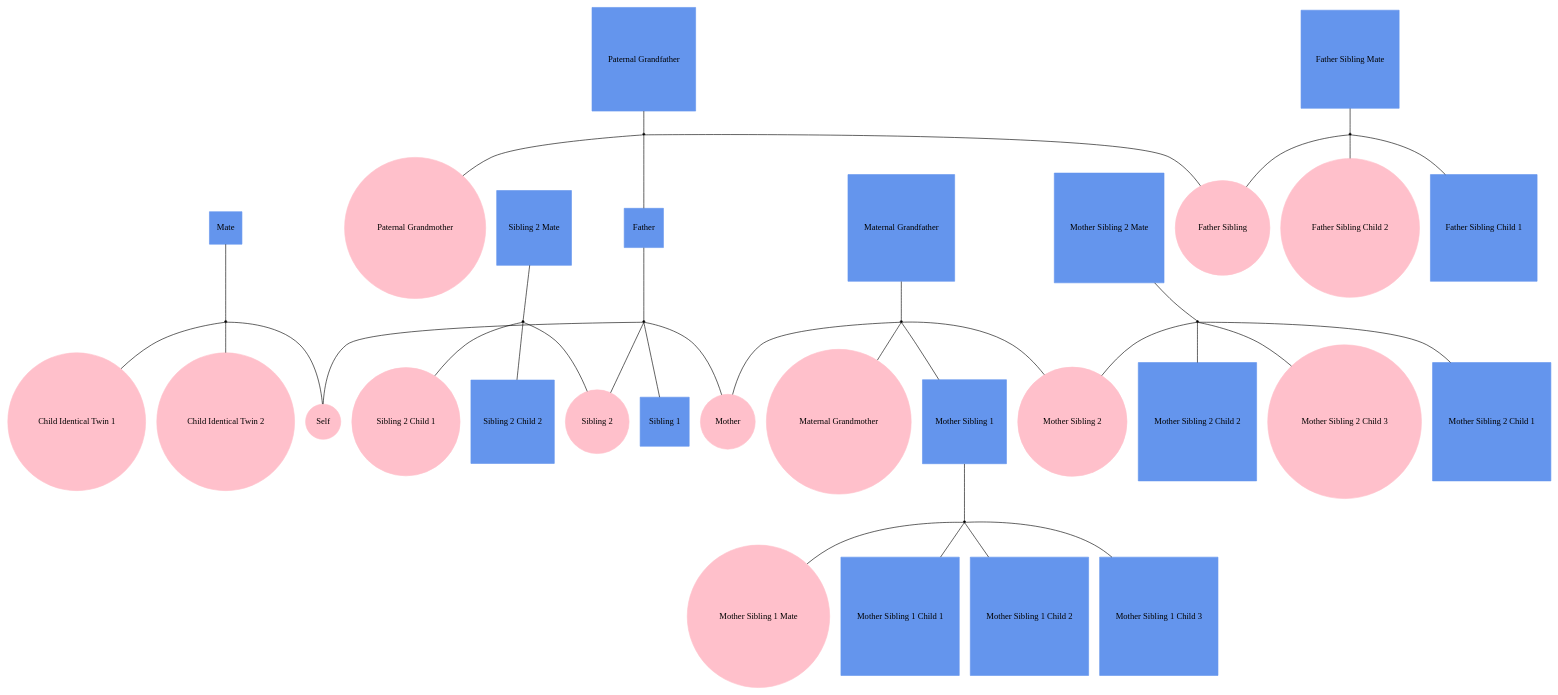
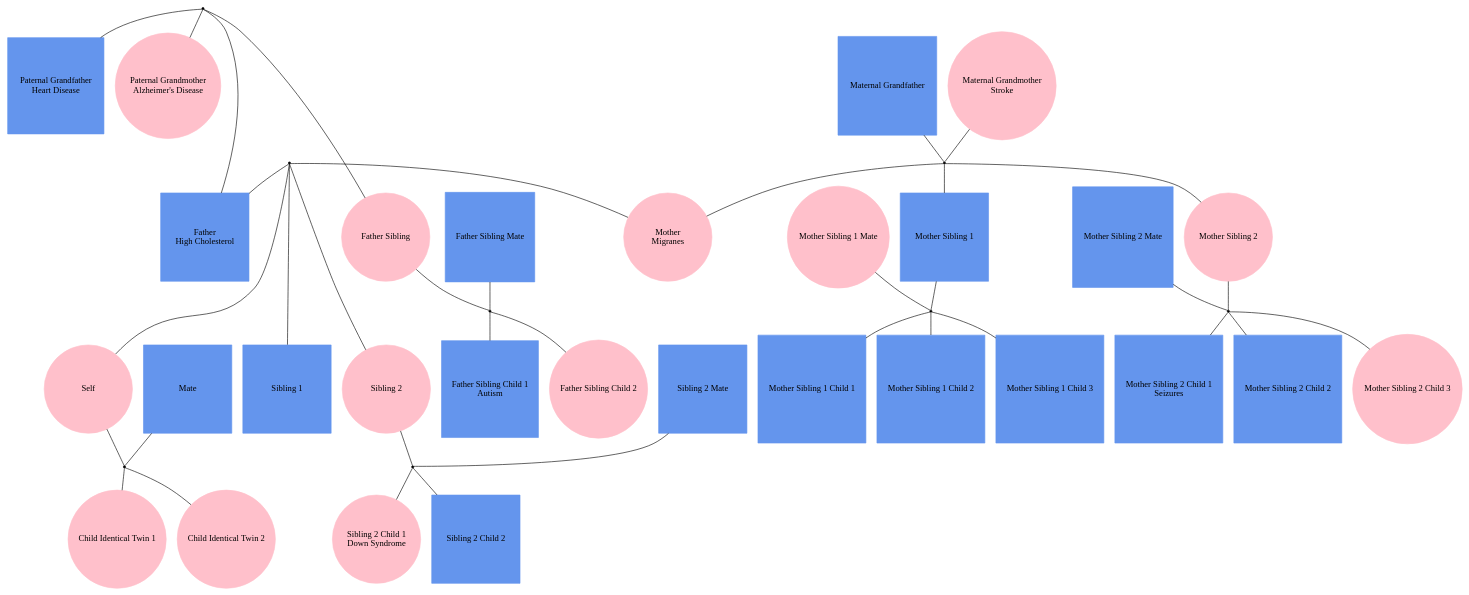
Before and after one commit to phewing/teamM_L: the diagram in encoder/out14.gv, drawn with Graphviz. The commit also changed 22 other files, not shown here.

```diff
--- a/encoder/out14.gv
+++ b/encoder/out14.gv
@@ -1,71 +1,78 @@
 
 graph f14 {
-"Self" [shape=oval, style=filled, regular=1, color="pink"];
-"Mate" [shape=box, style=filled, regular=1, color="cornflowerblue"];
-"Child Identical Twin 1" [shape=oval, style=filled, regular=1, color="pink"];
-"Child Identical Twin 2" [shape=oval, style=filled, regular=1, color="pink"];
-"Sibling 1" [shape=box, style=filled, regular=1, color="cornflowerblue"];
-"Sibling 2" [shape=oval, style=filled, regular=1, color="pink"];
-"Sibling 2 Mate" [shape=box, style=filled, regular=1, color="cornflowerblue"];
-"Sibling 2 Child 1" [shape=oval, style=filled, regular=1, color="pink"];
-"Sibling 2 Child 2" [shape=box, style=filled, regular=1, color="cornflowerblue"];
-"Father" [shape=box, style=filled, regular=1, color="cornflowerblue"];
-"Father Sibling" [shape=oval, style=filled, regular=1, color="pink"];
-"Father Sibling Mate" [shape=box, style=filled, regular=1, color="cornflowerblue"];
-"Father Sibling Child 1" [shape=box, style=filled, regular=1, color="cornflowerblue"];
-"Father Sibling Child 2" [shape=oval, style=filled, regular=1, color="pink"];
-"Paternal Grandmother" [shape=oval, style=filled, regular=1, color="pink"];
-"Paternal Grandfather" [shape=box, style=filled, regular=1, color="cornflowerblue"];
-"Mother" [shape=oval, style=filled, regular=1, color="pink"];
-"Mother Sibling 1" [shape=box, style=filled, regular=1, color="cornflowerblue"];
-"Mother Sibling 1 Mate" [shape=oval, style=filled, regular=1, color="pink"];
-"Mother Sibling 1 Child 1" [shape=box, style=filled, regular=1, color="cornflowerblue"];
-"Mother Sibling 1 Child 2" [shape=box, style=filled, regular=1, color="cornflowerblue"];
-"Mother Sibling 1 Child 3" [shape=box, style=filled, regular=1, color="cornflowerblue"];
-"Mother Sibling 2" [shape=oval, style=filled, regular=1, color="pink"];
-"Mother Sibling 2 Mate" [shape=box, style=filled, regular=1, color="cornflowerblue"];
-"Mother Sibling 2 Child 1" [shape=box, style=filled, regular=1, color="cornflowerblue"];
-"Mother Sibling 2 Child 2" [shape=box, style=filled, regular=1, color="cornflowerblue"];
-"Mother Sibling 2 Child 3" [shape=oval, style=filled, regular=1, color="pink"];
-"Maternal Grandmother" [shape=oval, style=filled, regular=1, color="pink"];
-"Maternal Grandfather" [shape=box, style=filled, regular=1, color="cornflowerblue"];
+ordering=out;
+
+"Self" [fontname="helvetica:bold", width=2, shape=oval, style=filled, regular=1, color="pink"];
+"Mate" [fontname="helvetica:bold", width=2, shape=box, style=filled, regular=1, color="cornflowerblue"];
+"Child Identical Twin 1" [fontname="helvetica:bold", width=2, shape=oval, style=filled, regular=1, color="pink"];
+"Child Identical Twin 2" [fontname="helvetica:bold", width=2, shape=oval, style=filled, regular=1, color="pink"];
+"Sibling 1" [fontname="helvetica:bold", width=2, shape=box, style=filled, regular=1, color="cornflowerblue"];
+"Sibling 2" [fontname="helvetica:bold", width=2, shape=oval, style=filled, regular=1, color="pink"];
+"Sibling 2 Mate" [fontname="helvetica:bold", width=2, shape=box, style=filled, regular=1, color="cornflowerblue"];
+"Sibling 2 Child 1\nDown Syndrome" [fontname="helvetica:bold", width=2, shape=oval, style=filled, regular=1, color="pink"];
+"Sibling 2 Child 2" [fontname="helvetica:bold", width=2, shape=box, style=filled, regular=1, color="cornflowerblue"];
+"Father\nHigh Cholesterol" [fontname="helvetica:bold", width=2, shape=box, style=filled, regular=1, color="cornflowerblue"];
+"Father Sibling" [fontname="helvetica:bold", width=2, shape=oval, style=filled, regular=1, color="pink"];
+"Father Sibling Mate" [fontname="helvetica:bold", width=2, shape=box, style=filled, regular=1, color="cornflowerblue"];
+"Father Sibling Child 1\nAutism" [fontname="helvetica:bold", width=2, shape=box, style=filled, regular=1, color="cornflowerblue"];
+"Father Sibling Child 2" [fontname="helvetica:bold", width=2, shape=oval, style=filled, regular=1, color="pink"];
+"Paternal Grandmother\nAlzheimer's Disease" [fontname="helvetica:bold", width=2, shape=oval, style=filled, regular=1, color="pink"];
+"Paternal Grandfather\nHeart Disease" [fontname="helvetica:bold", width=2, shape=box, style=filled, regular=1, color="cornflowerblue"];
+"Mother\nMigranes" [fontname="helvetica:bold", width=2, shape=oval, style=filled, regular=1, color="pink"];
+"Mother Sibling 1" [fontname="helvetica:bold", width=2, shape=box, style=filled, regular=1, color="cornflowerblue"];
+"Mother Sibling 1 Mate" [fontname="helvetica:bold", width=2, shape=oval, style=filled, regular=1, color="pink"];
+"Mother Sibling 1 Child 1" [fontname="helvetica:bold", width=2, shape=box, style=filled, regular=1, color="cornflowerblue"];
+"Mother Sibling 1 Child 2" [fontname="helvetica:bold", width=2, shape=box, style=filled, regular=1, color="cornflowerblue"];
+"Mother Sibling 1 Child 3" [fontname="helvetica:bold", width=2, shape=box, style=filled, regular=1, color="cornflowerblue"];
+"Mother Sibling 2" [fontname="helvetica:bold", width=2, shape=oval, style=filled, regular=1, color="pink"];
+"Mother Sibling 2 Mate" [fontname="helvetica:bold", width=2, shape=box, style=filled, regular=1, color="cornflowerblue"];
+"Mother Sibling 2 Child 1\nSeizures" [fontname="helvetica:bold", width=2, shape=box, style=filled, regular=1, color="cornflowerblue"];
+"Mother Sibling 2 Child 2" [fontname="helvetica:bold", width=2, shape=box, style=filled, regular=1, color="cornflowerblue"];
+"Mother Sibling 2 Child 3" [fontname="helvetica:bold", width=2, shape=oval, style=filled, regular=1, color="pink"];
+"Maternal Grandmother\nStroke" [fontname="helvetica:bold", width=2, shape=oval, style=filled, regular=1, color="pink"];
+"Maternal Grandfather" [fontname="helvetica:bold", width=2, shape=box, style=filled, regular=1, color="cornflowerblue"];
 
 "mate+self" [shape=point];
 "sibling2mate+sibling2" [shape=point];
 "father+mother" [shape=point];
 "fathersiblingmate+fathersibling" [shape=point];
 "paternalgrandfather+paternalgrandmother" [shape=point];
 "mothersibling1+mothersibling1mate" [shape=point];
 "mothersibling2mate+mothersibling2" [shape=point];
 "maternalgrandfather+maternalgrandmother" [shape=point];
 
 "Mate" -- "mate+self" -- "Self";
 "Sibling 2 Mate" -- "sibling2mate+sibling2" -- "Sibling 2";
-"Father" -- "father+mother" -- "Mother";
+"Father\nHigh Cholesterol" -- "father+mother" -- "Mother\nMigranes";
 "Father Sibling Mate" -- "fathersiblingmate+fathersibling" -- "Father Sibling";
-"Paternal Grandfather" -- "paternalgrandfather+paternalgrandmother" -- "Paternal Grandmother";
+"Paternal Grandfather\nHeart Disease" -- "paternalgrandfather+paternalgrandmother" -- "Paternal Grandmother\nAlzheimer's Disease";
 "Mother Sibling 1" -- "mothersibling1+mothersibling1mate" -- "Mother Sibling 1 Mate";
 "Mother Sibling 2 Mate" -- "mothersibling2mate+mothersibling2" -- "Mother Sibling 2";
-"Maternal Grandfather" -- "maternalgrandfather+maternalgrandmother" -- "Maternal Grandmother";
+"Maternal Grandfather" -- "maternalgrandfather+maternalgrandmother" -- "Maternal Grandmother\nStroke";
 
 "father+mother" -- "Self";
 "mate+self" -- "Child Identical Twin 1";
 "mate+self" -- "Child Identical Twin 2";
 "father+mother" -- "Sibling 1";
 "father+mother" -- "Sibling 2";
-"sibling2mate+sibling2" -- "Sibling 2 Child 1";
+"sibling2mate+sibling2" -- "Sibling 2 Child 1\nDown Syndrome";
 "sibling2mate+sibling2" -- "Sibling 2 Child 2";
-"paternalgrandfather+paternalgrandmother" -- "Father";
+"paternalgrandfather+paternalgrandmother" -- "Father\nHigh Cholesterol";
 "paternalgrandfather+paternalgrandmother" -- "Father Sibling";
-"fathersiblingmate+fathersibling" -- "Father Sibling Child 1";
+"fathersiblingmate+fathersibling" -- "Father Sibling Child 1\nAutism";
 "fathersiblingmate+fathersibling" -- "Father Sibling Child 2";
-"maternalgrandfather+maternalgrandmother" -- "Mother";
+"maternalgrandfather+maternalgrandmother" -- "Mother\nMigranes";
 "maternalgrandfather+maternalgrandmother" -- "Mother Sibling 1";
 "mothersibling1+mothersibling1mate" -- "Mother Sibling 1 Child 1";
 "mothersibling1+mothersibling1mate" -- "Mother Sibling 1 Child 2";
 "mothersibling1+mothersibling1mate" -- "Mother Sibling 1 Child 3";
 "maternalgrandfather+maternalgrandmother" -- "Mother Sibling 2";
-"mothersibling2mate+mothersibling2" -- "Mother Sibling 2 Child 1";
+"mothersibling2mate+mothersibling2" -- "Mother Sibling 2 Child 1\nSeizures";
 "mothersibling2mate+mothersibling2" -- "Mother Sibling 2 Child 2";
 "mothersibling2mate+mothersibling2" -- "Mother Sibling 2 Child 3";
+
+{rank=same; "Paternal Grandmother\nAlzheimer's Disease" "Paternal Grandfather\nHeart Disease" "Maternal Grandmother\nStroke" "Maternal Grandfather"}
+{rank=same; "Father\nHigh Cholesterol" "Father Sibling" "Father Sibling Mate" "Mother\nMigranes" "Mother Sibling 1" "Mother Sibling 1 Mate" "Mother Sibling 2" "Mother Sibling 2 Mate"}
+{rank=same; "Self" "Mate" "Sibling 1" "Sibling 2" "Sibling 2 Mate" "Father Sibling Child 1\nAutism" "Father Sibling Child 2" "Mother Sibling 1 Child 1" "Mother Sibling 1 Child 2" "Mother Sibling 1 Child 3" "Mother Sibling 2 Child 1\nSeizures" "Mother Sibling 2 Child 2" "Mother Sibling 2 Child 3"}
+{rank=same; "Child Identical Twin 1" "Child Identical Twin 2" "Sibling 2 Child 1\nDown Syndrome" "Sibling 2 Child 2"}
 }
```
